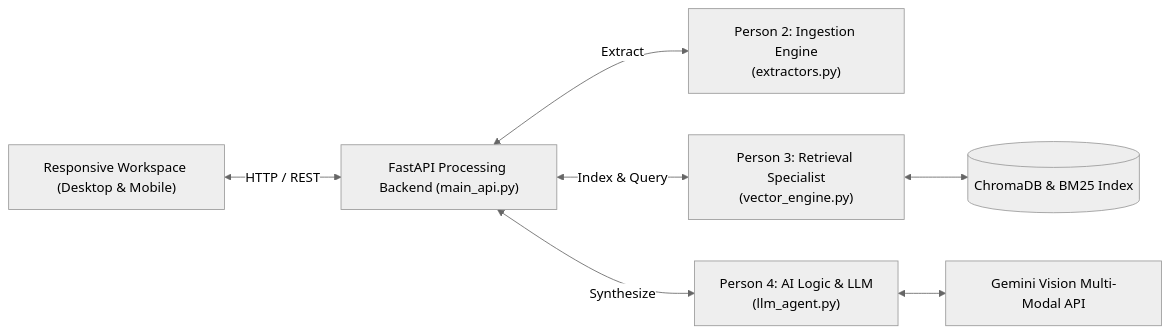
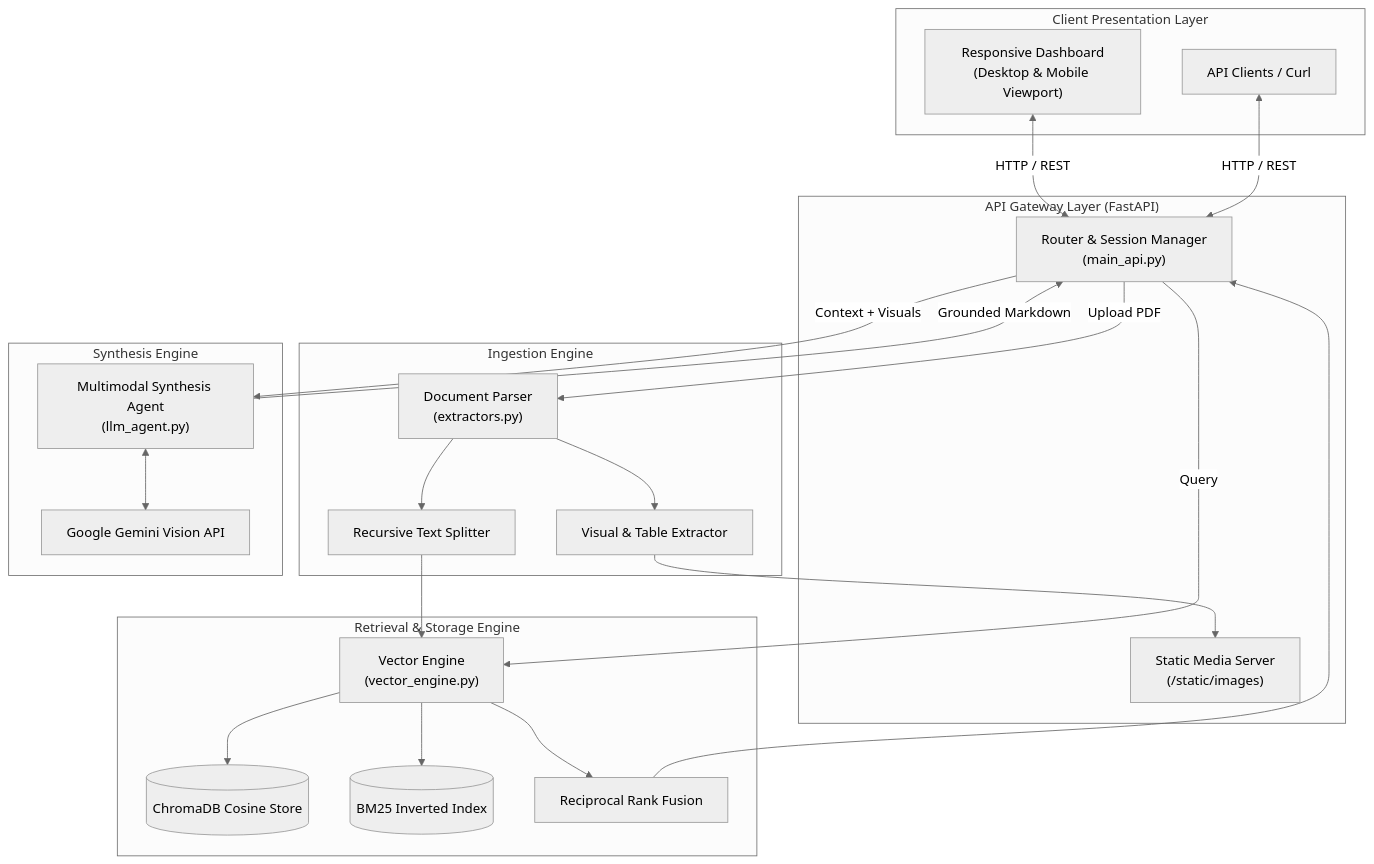
One commit to Astroidkiller/Synthexis changed the first of 2 diagrams in README.md. Above: the diagram before and after it, drawn with Mermaid (neutral theme). The commit also changed other lines of this file and 1 other file, not shown here.

Commit message:
docs: revamp README with deep technical architecture, pipeline breakdown, disclaimer, and MIT license

````diff
--- a/README.md
+++ b/README.md
@@ -11,9 +44,43 @@
 ```mermaid
-graph LR
-    UI["Responsive Workspace (Desktop & Mobile)"] <-->|HTTP / REST| API["FastAPI Processing Backend (main_api.py)"]
-    API <-->|Extract| ENG2["Person 2: Ingestion Engine<br/>(extractors.py)"]
-    API <-->|Index & Query| ENG3["Person 3: Retrieval Specialist<br/>(vector_engine.py)"]
-    API <-->|Synthesize| ENG4["Person 4: AI Logic & LLM<br/>(llm_agent.py)"]
-    ENG3 <--> VDB[("ChromaDB & BM25 Index")]
-    ENG4 <--> LLM["Gemini Vision Multi-Modal API"]
+flowchart TD
+    subgraph Client["Client Presentation Layer"]
+        UI["Responsive Dashboard<br/>(Desktop & Mobile Viewport)"]
+        CLI["API Clients / Curl"]
+    end
+
+    subgraph Gateway["API Gateway Layer (FastAPI)"]
+        ROUTER["Router & Session Manager<br/>(main_api.py)"]
+        STATIC["Static Media Server<br/>(/static/images)"]
+    end
+
+    subgraph Ingestion["Ingestion Engine"]
+        EXTRACT["Document Parser<br/>(extractors.py)"]
+        CHUNKER["Recursive Text Splitter"]
+        IMG_PROC["Visual & Table Extractor"]
+    end
+
+    subgraph Storage["Retrieval & Storage Engine"]
+        VEC["Vector Engine<br/>(vector_engine.py)"]
+        CHROMA[("ChromaDB Cosine Store")]
+        BM25[("BM25 Inverted Index")]
+        RRF["Reciprocal Rank Fusion"]
+    end
+
+    subgraph Reasoning["Synthesis Engine"]
+        AGENT["Multimodal Synthesis Agent<br/>(llm_agent.py)"]
+        GEMINI["Google Gemini Vision API"]
+    end
+
+    UI <-->|HTTP / REST| ROUTER
+    CLI <-->|HTTP / REST| ROUTER
+    ROUTER -->|Upload PDF| EXTRACT
+    EXTRACT --> CHUNKER --> VEC
+    EXTRACT --> IMG_PROC --> STATIC
+    VEC --> CHROMA
+    VEC --> BM25
+    ROUTER -->|Query| VEC
+    VEC --> RRF --> ROUTER
+    ROUTER -->|Context + Visuals| AGENT
+    AGENT <--> GEMINI
+    AGENT -->|Grounded Markdown| ROUTER
 ```
````
